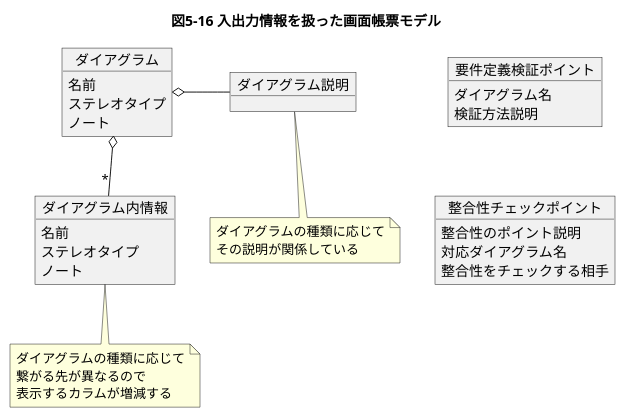
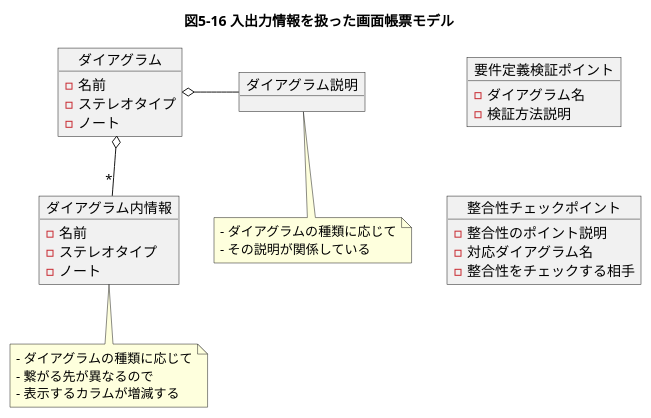
Before and after one commit to eyasuyuki/rdra-example: the diagram in chap05/5-16.puml, drawn with PlantUML. The commit also changed 16 other files, not shown here.

```diff
--- a/chap05/5-16.puml
+++ b/chap05/5-16.puml
@@ -1,37 +1,37 @@
 @startuml
 title 図5-16 入出力情報を扱った画面帳票モデル
 object ダイアグラム {
-    名前
-    ステレオタイプ
-    ノート
+    - 名前
+    - ステレオタイプ
+    - ノート
 }
 object ダイアグラム内情報 {
-    名前
-    ステレオタイプ
-    ノート
+    - 名前
+    - ステレオタイプ
+    - ノート
 }
 object ダイアグラム説明
 object 要件定義検証ポイント {
-    ダイアグラム名
-    検証方法説明
+    - ダイアグラム名
+    - 検証方法説明
 }
 object 整合性チェックポイント {
-    整合性のポイント説明
-    対応ダイアグラム名
-    整合性をチェックする相手
+    - 整合性のポイント説明
+    - 対応ダイアグラム名
+    - 整合性をチェックする相手
 }
 note as N1
-    ダイアグラムの種類に応じて
-    繋がる先が異なるので
-    表示するカラムが増減する
+    - ダイアグラムの種類に応じて
+    - 繋がる先が異なるので
+    - 表示するカラムが増減する
 end note
 note as N2
-    ダイアグラムの種類に応じて
-    その説明が関係している
+    - ダイアグラムの種類に応じて
+    - その説明が関係している
 end note
 ダイアグラム o--"*" ダイアグラム内情報
 ダイアグラム内情報 .. N1
 ダイアグラム o-right- ダイアグラム説明
 ダイアグラム説明 .. N2
 要件定義検証ポイント -[hidden]- 整合性チェックポイント
 @enduml
```
